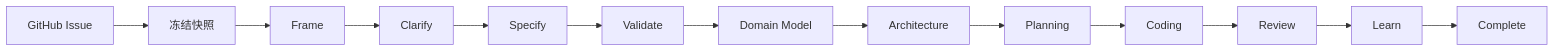
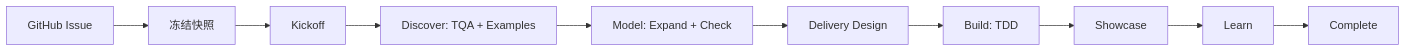
Before and after one commit to JayClock/Evidence: the diagram in README.md, drawn with Mermaid. The commit also changed other lines of this file and 4 other files, not shown here.

````diff
--- a/README.md
+++ b/README.md
@@ -143,15 +143,12 @@
 ```mermaid
 flowchart LR
   I[GitHub Issue] --> S[冻结快照]
-  S --> F[Frame]
-  F --> C[Clarify]
-  C --> E[Specify]
-  E --> V[Validate]
-  V --> D[Domain Model]
-  D --> A[Architecture]
-  A --> P[Planning]
-  P --> T[Coding]
-  T --> R[Review]
-  R --> L[Learn]
+  S --> K[Kickoff]
+  K --> D[Discover: TQA + Examples]
+  D --> M[Model: Expand + Check]
+  M --> DD[Delivery Design]
+  DD --> B[Build: TDD]
+  B --> SH[Showcase]
+  SH --> L[Learn]
   L --> X[Complete]
 ```
````
